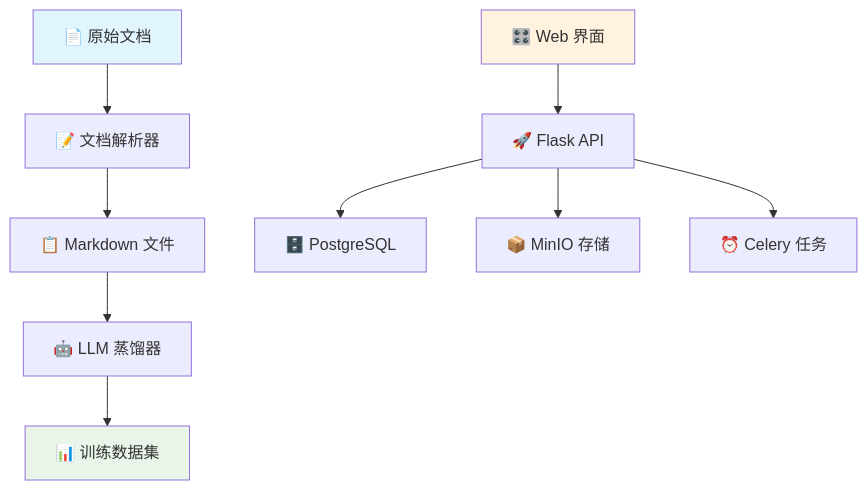
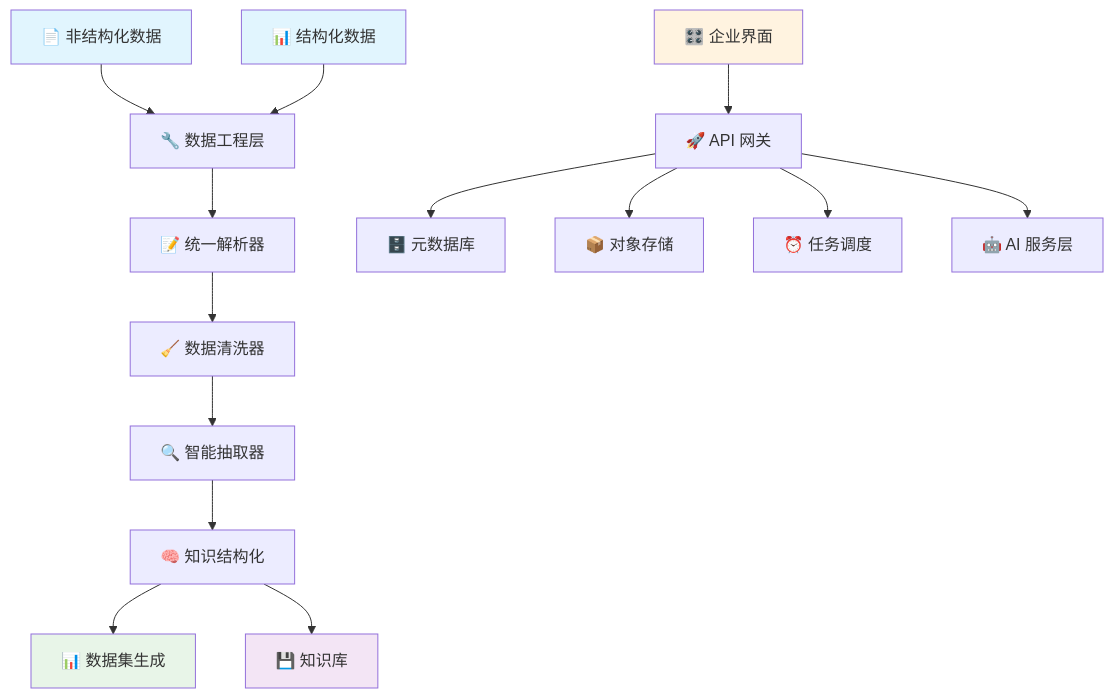
The diagram in README_CN.md (hikariming/pindata), drawn with Mermaid before and after one commit. The commit also changed other lines of this file and 22 other files, not shown here.

````diff
--- a/README_CN.md
+++ b/README_CN.md
@@ -61,16 +68,23 @@
 ```mermaid
 graph TD
-    A[📄 原始文档] --> B[📝 文档解析器]
-    B --> C[📋 Markdown 文件]
-    C --> D[🤖 LLM 蒸馏器]
-    D --> E[📊 训练数据集]
+    A[📄 非结构化数据] --> B[🔧 数据工程层]
+    A1[📊 结构化数据] --> B
+    B --> C[📝 统一解析器]
+    C --> D[🧹 数据清洗器]
+    D --> E[🔍 智能抽取器]
+    E --> F[🧠 知识结构化]
+    F --> G[📊 数据集生成]
+    F --> H[💾 知识库]
     
-    F[🎛️ Web 界面] --> G[🚀 Flask API]
-    G --> H[🗄️ PostgreSQL]
-    G --> I[📦 MinIO 存储]
-    G --> J[⏰ Celery 任务]
+    I[🎛️ 企业界面] --> J[🚀 API 网关]
+    J --> K[🗄️ 元数据库]
+    J --> L[📦 对象存储]
+    J --> M[⏰ 任务调度]
+    J --> N[🤖 AI 服务层]
     
     style A fill:#e1f5fe
-    style E fill:#e8f5e8
-    style F fill:#fff3e0
+    style A1 fill:#e1f5fe
+    style G fill:#e8f5e8
+    style H fill:#f3e5f5
+    style I fill:#fff3e0
 ```
````
